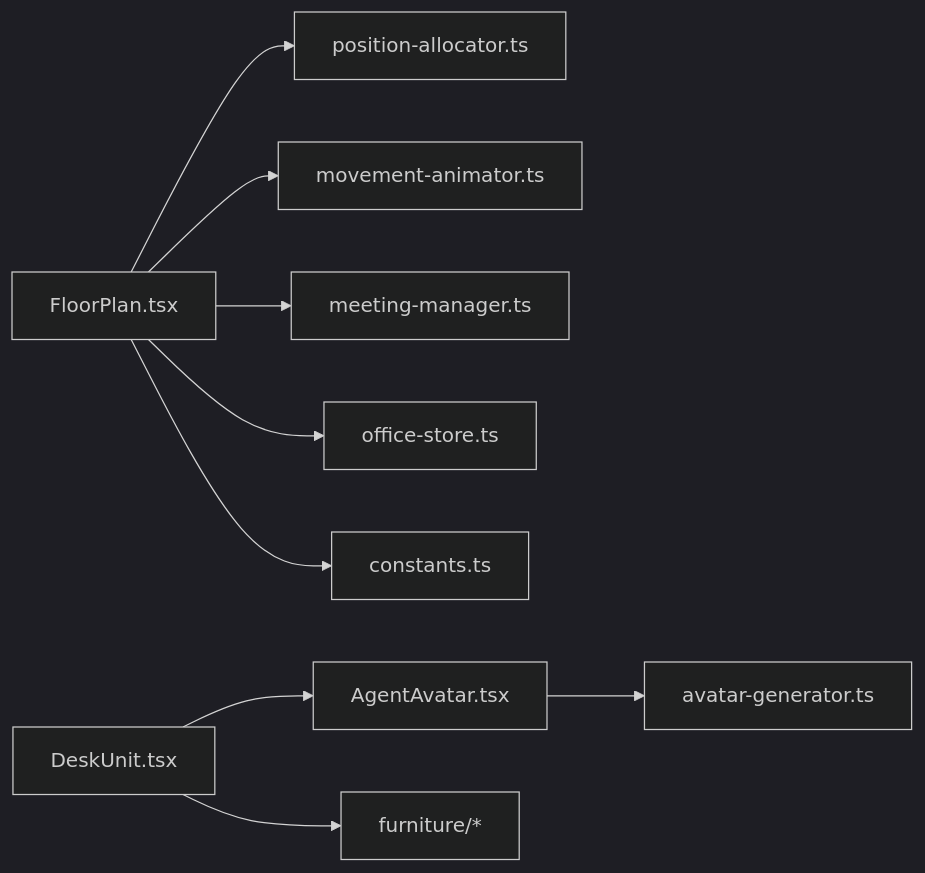
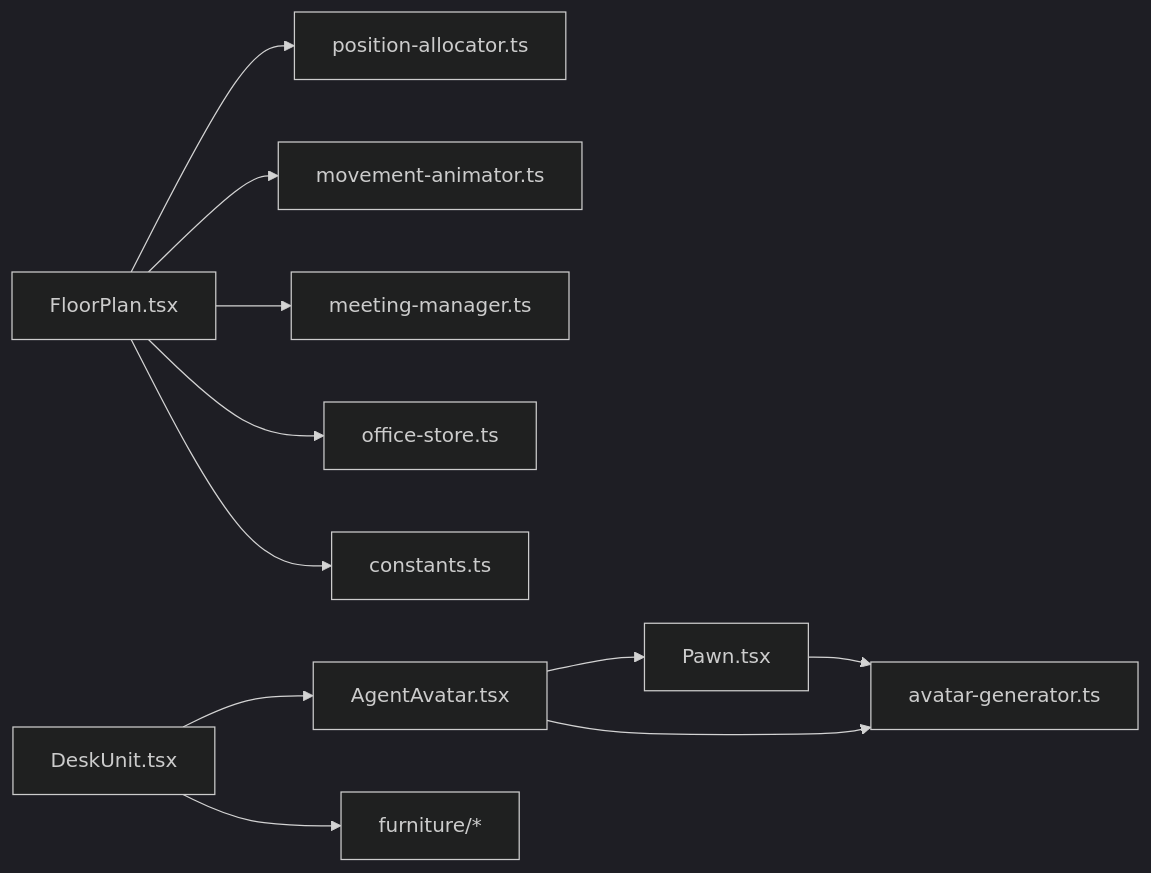
The ninth of 9 diagrams in .qoder/repowiki/zh/content/虚拟办公室系统/虚拟办公室系统.md (WW-AI-Lab/openclaw-office), drawn with Mermaid (dark theme) before and after one commit. The commit also changed other lines of this file and 15 other files, not shown here.

````diff
--- a/.qoder/repowiki/zh/content/虚拟办公室系统/虚拟办公室系统.md
+++ b/.qoder/repowiki/zh/content/虚拟办公室系统/虚拟办公室系统.md
@@ -360,11 +393,13 @@
 ```mermaid
 graph LR
 FP["FloorPlan.tsx"] --> POS["position-allocator.ts"]
 FP --> MOV["movement-animator.ts"]
 FP --> MM["meeting-manager.ts"]
 FP --> OS["office-store.ts"]
-DU["DeskUnit.tsx"] --> AV["AgentAvatar.tsx"]
+DU["DeskUnit.tsx"] --> AA["AgentAvatar.tsx"]
+AA --> PAWN["Pawn.tsx"]
 DU --> FURN["furniture/*"]
-AV --> AVGEN["avatar-generator.ts"]
+AA --> AVGEN["avatar-generator.ts"]
+PAWN --> AVGEN
 FP --> C["constants.ts"]
 ```
````
